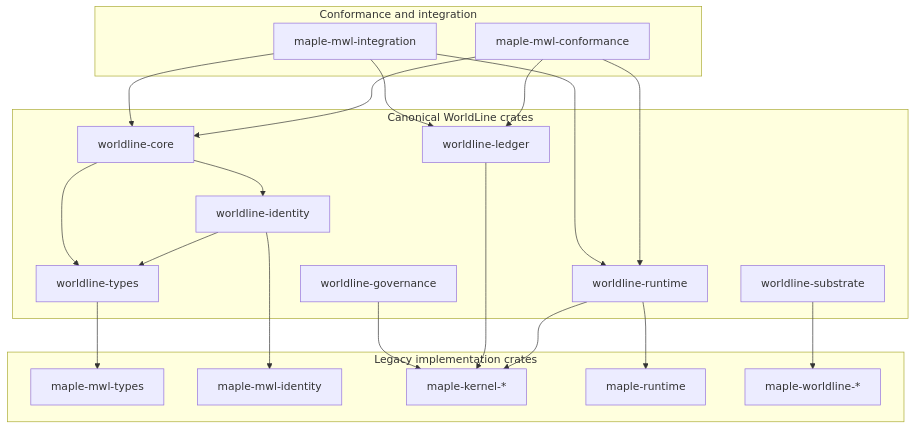
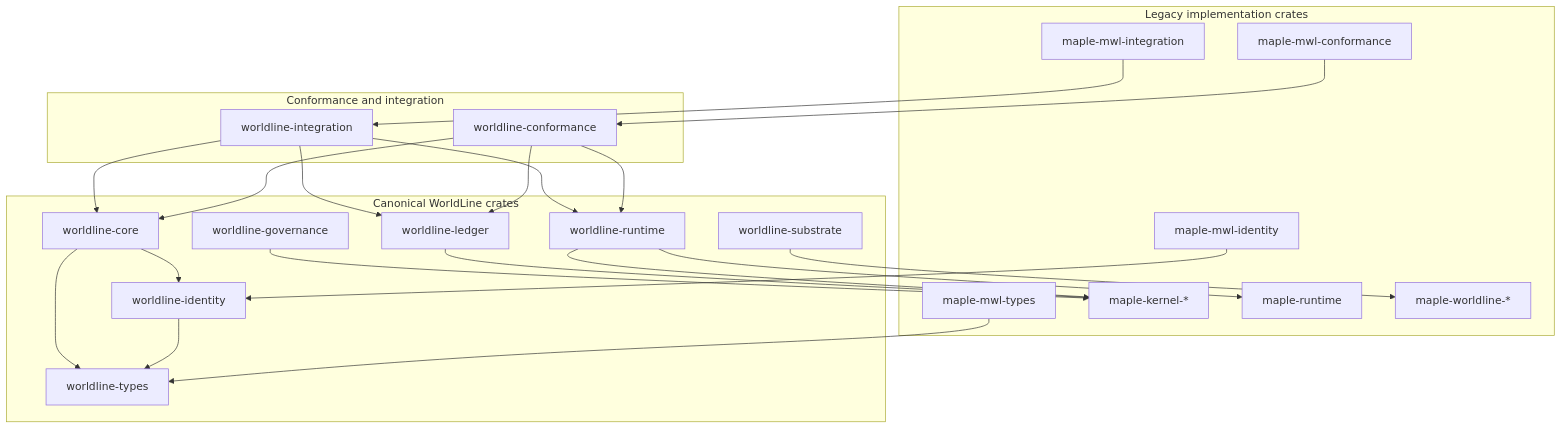
The first of 2 diagrams in docs/architecture/02-crate-layout.md (mapleaiorg/maple), drawn with Mermaid before and after one commit. The commit also changed other lines of this file and 153 other files, not shown here.

Commit message:
architecture enhance

````diff
--- a/docs/architecture/02-crate-layout.md
+++ b/docs/architecture/02-crate-layout.md
@@ -58,43 +63,47 @@
 ```mermaid
 flowchart TB
   subgraph Canonical["Canonical WorldLine crates"]
     WT["worldline-types"]
     WI["worldline-identity"]
     WC["worldline-core"]
     WR["worldline-runtime"]
     WL["worldline-ledger"]
     WG["worldline-governance"]
     WS["worldline-substrate"]
   end
 
   subgraph Legacy["Legacy implementation crates"]
     MMT["maple-mwl-types"]
     MMI["maple-mwl-identity"]
     MK["maple-kernel-*"]
     MR["maple-runtime"]
     MWS["maple-worldline-*"]
+    MMC["maple-mwl-conformance"]
+    MMI2["maple-mwl-integration"]
   end
 
   subgraph Validation["Conformance and integration"]
-    MC["maple-mwl-conformance"]
-    MI["maple-mwl-integration"]
+    MC["worldline-conformance"]
+    MI["worldline-integration"]
   end
 
-  WT --> MMT
-  WI --> MMI
+  MMT --> WT
+  MMI --> WI
   WI --> WT
   WC --> WT
   WC --> WI
   WR --> MK
   WR --> MR
   WL --> MK
   WG --> MK
   WS --> MWS
 
   MC --> WC
   MC --> WR
   MC --> WL
+  MMC --> MC
   MI --> WC
   MI --> WR
   MI --> WL
+  MMI2 --> MI
 ```
````
